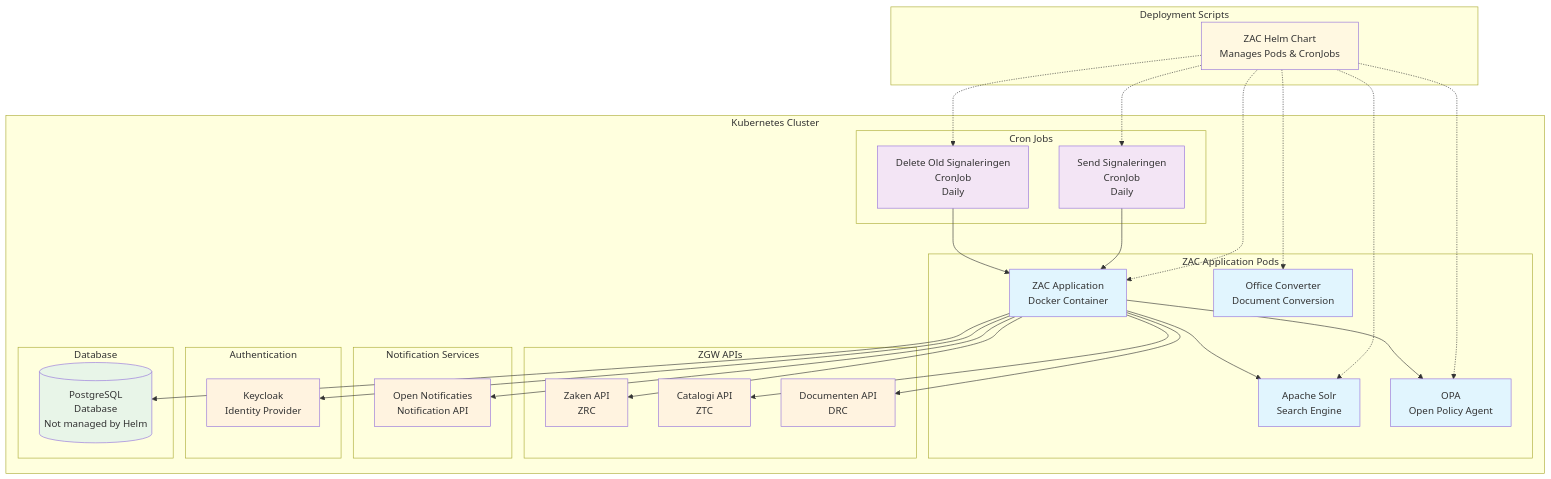
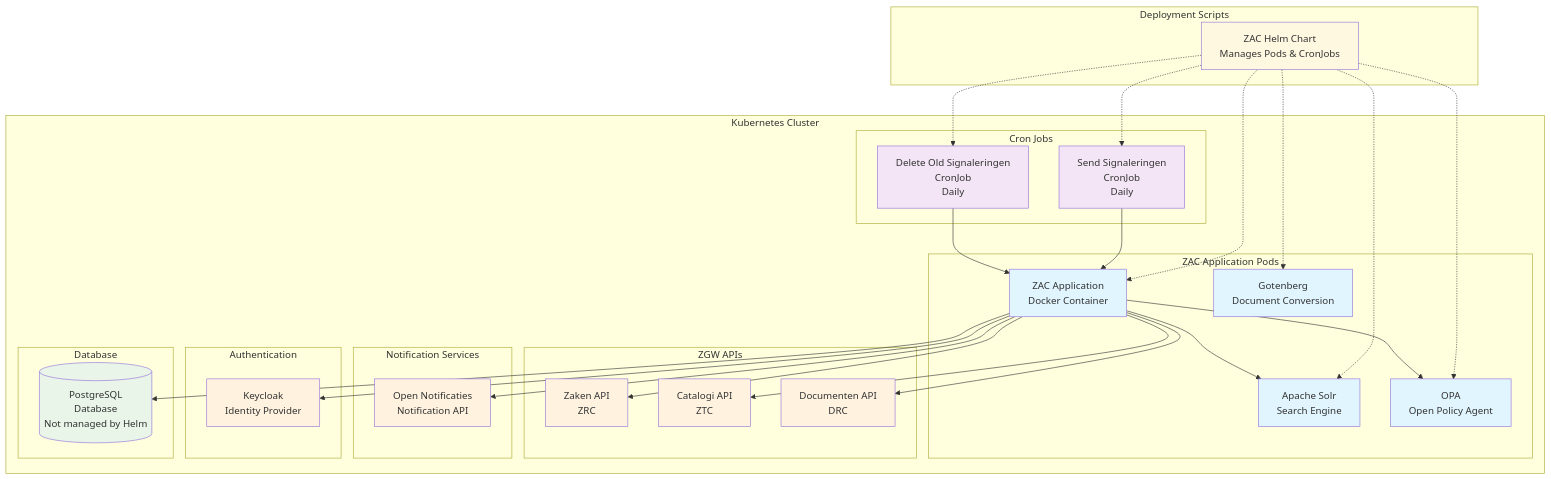
Before and after one commit to infonl/dimpact-zaakafhandelcomponent: the diagram in docs/solution-architecture/deploymentModel.md, drawn with Mermaid. The commit also changed 9 other files, not shown here.

Commit message:
replaced kontextwork-converter with gotenberg

````diff
--- a/docs/solution-architecture/deploymentModel.md
+++ b/docs/solution-architecture/deploymentModel.md
@@ -6,72 +6,72 @@
 ```mermaid
 graph TB
     subgraph "Deployment Scripts"
         HELM[ZAC Helm Chart<br/>Manages Pods & CronJobs]
     end
     
     subgraph "Kubernetes Cluster"
         subgraph "ZAC Application Pods"
             ZAC[ZAC Application<br/>Docker Container]
             SOLR[Apache Solr<br/>Search Engine]
             OPA[OPA<br/>Open Policy Agent]
-            OFFICE[Office Converter<br/>Document Conversion]
+            OFFICE[Gotenberg<br/>Document Conversion]
         end
         
         subgraph "Cron Jobs"
             SIGNAL[Send Signaleringen<br/>CronJob<br/>Daily]
             DELETE[Delete Old Signaleringen<br/>CronJob<br/>Daily]
         end
     
         subgraph "ZGW APIs"
             ZRC[Zaken API<br/>ZRC]
             ZTC[Catalogi API<br/>ZTC]
             DRC[Documenten API<br/>DRC]
         end
 
         subgraph "Notification Services"
             NOTIF[Open Notificaties<br/>Notification API]
         end
 
         subgraph "Authentication"
             KEYCLOAK[Keycloak<br/>Identity Provider]
         end
         
         subgraph "Database"
             POSTGRES[(PostgreSQL<br/>Database<br/>Not managed by Helm)]
         end
     end
     
     %% Connections
     HELM -.-> ZAC
     HELM -.-> SIGNAL
     HELM -.-> DELETE
     HELM -.-> SOLR
     HELM -.-> OPA
     HELM -.-> OFFICE
     
     ZAC --> POSTGRES
     ZAC --> ZRC
     ZAC --> ZTC
     ZAC --> DRC
     ZAC --> NOTIF
     ZAC --> KEYCLOAK
     ZAC --> SOLR
     ZAC --> OPA
     
     SIGNAL --> ZAC
     DELETE --> ZAC
     
     %% Styling
     classDef zacComponent fill:#e1f5fe
     classDef external fill:#fff3e0
     classDef database fill:#e8f5e8
     classDef cronJob fill:#f3e5f5
     classDef helm fill:#fff8e1
     classDef users fill:#fce4ec
     
     class ZAC,SOLR,OPA,OFFICE zacComponent
     class POSTGRES database
     class SIGNAL,DELETE cronJob
     class HELM helm
     class ZRC,ZTC,DRC,NOTIF,KEYCLOAK external
 ```
````
